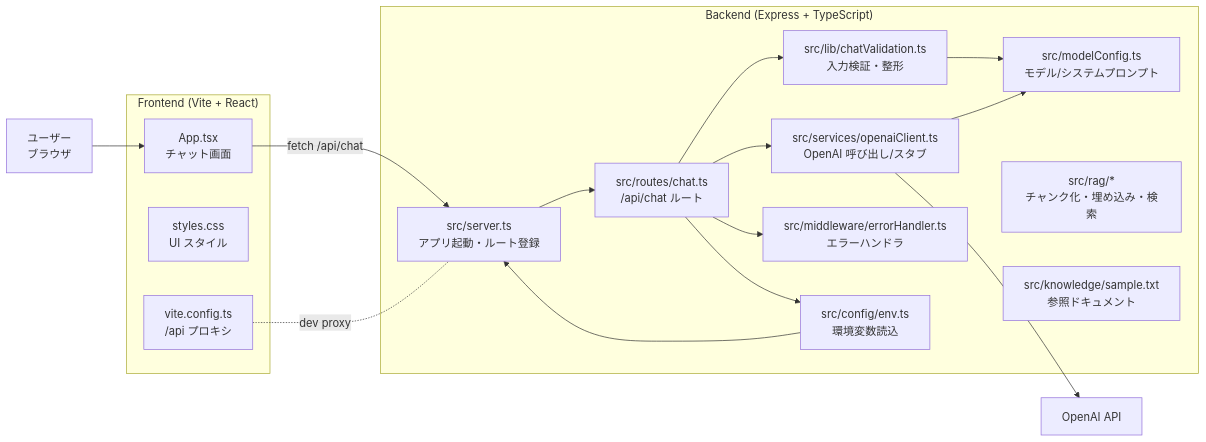
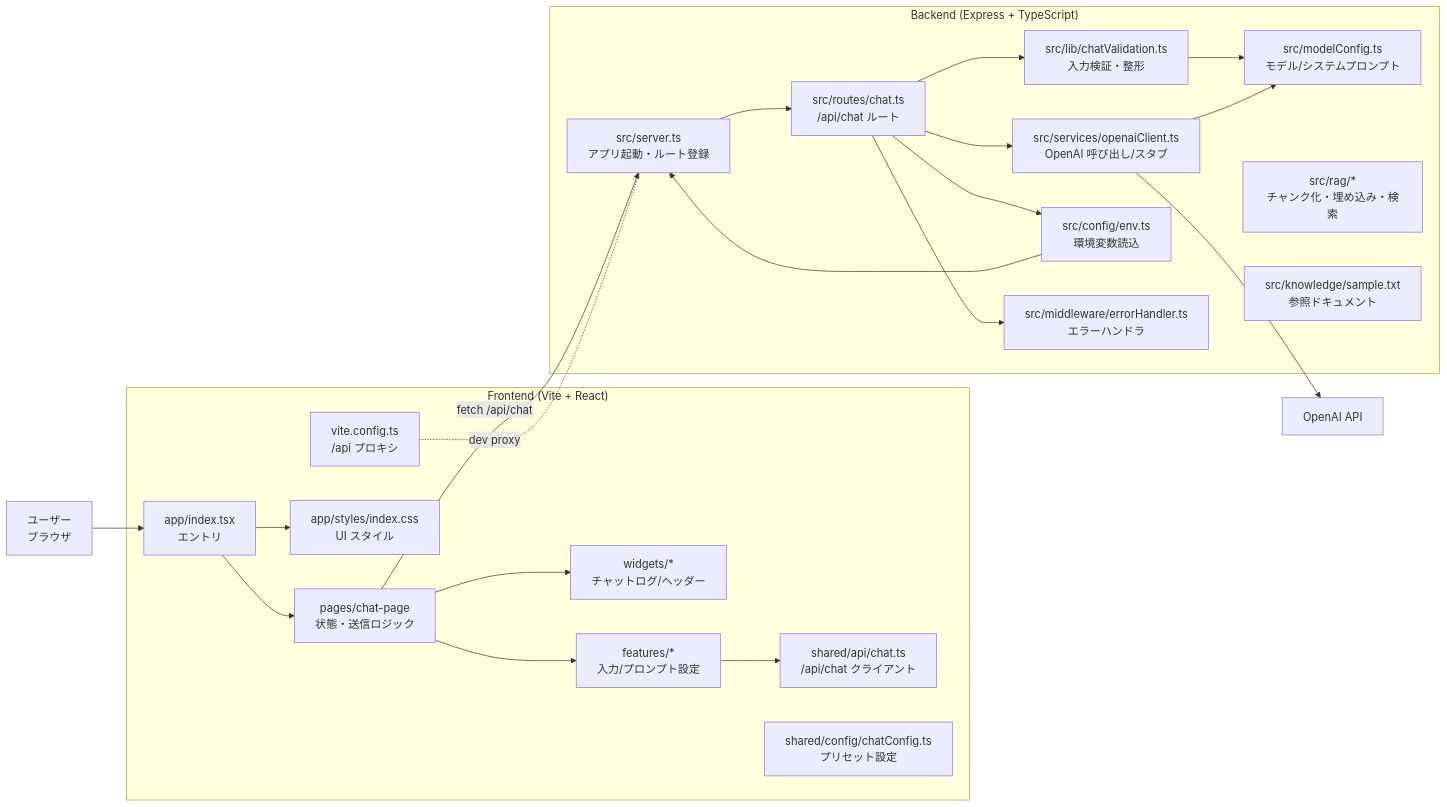
Before and after one commit to akihiro4321/llm-playground: the diagram in README.md, drawn with Mermaid. The commit also changed other lines of this file and 14 other files, not shown here.

````diff
--- a/README.md
+++ b/README.md
@@ -57,36 +72,46 @@
 ```mermaid
 flowchart LR
   subgraph Frontend["Frontend (Vite + React)"]
-    UI["App.tsx<br/>チャット画面"]
-    Styles["styles.css<br/>UI スタイル"]
+    AppEntry["app/index.tsx<br/>エントリ"]
+    ChatPage["pages/chat-page<br/>状態・送信ロジック"]
+    Widgets["widgets/*<br/>チャットログ/ヘッダー"]
+    Features["features/*<br/>入力/プロンプト設定"]
+    SharedApi["shared/api/chat.ts<br/>/api/chat クライアント"]
+    SharedCfg["shared/config/chatConfig.ts<br/>プリセット設定"]
+    Styles["app/styles/index.css<br/>UI スタイル"]
     ConfigFE["vite.config.ts<br/>/api プロキシ"]
   end
 
   subgraph Backend["Backend (Express + TypeScript)"]
     Server["src/server.ts<br/>アプリ起動・ルート登録"]
     Routes["src/routes/chat.ts<br/>/api/chat ルート"]
     Validation["src/lib/chatValidation.ts<br/>入力検証・整形"]
     OpenAI["src/services/openaiClient.ts<br/>OpenAI 呼び出し/スタブ"]
     Env["src/config/env.ts<br/>環境変数読込"]
     ErrorMW["src/middleware/errorHandler.ts<br/>エラーハンドラ"]
     ModelCfg["src/modelConfig.ts<br/>モデル/システムプロンプト"]
     RAG["src/rag/*<br/>チャンク化・埋め込み・検索"]
     Knowledge["src/knowledge/sample.txt<br/>参照ドキュメント"]
   end
 
   User["ユーザー<br/>ブラウザ"]
   OpenAISDK["OpenAI API"]
 
-  User --> UI
-  UI -- fetch /api/chat --> Server
+  User --> AppEntry
+  AppEntry --> ChatPage
+  ChatPage --> Features
+  Features --> SharedApi
+  ChatPage --> Widgets
+  AppEntry --> Styles
+  ChatPage -- fetch /api/chat --> Server
   ConfigFE -. dev proxy .- Server
   Server --> Routes
   Routes --> Validation
   Routes --> OpenAI
   Routes --> ErrorMW
   Validation --> ModelCfg
   OpenAI --> ModelCfg
   Env --> Server
   Routes --> Env
   OpenAI --> OpenAISDK
 ```
````
